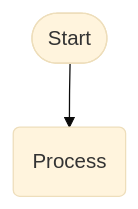
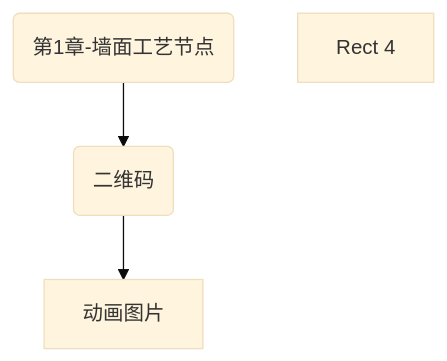
Before and after one commit to fireflysss/mermaid-notes: the diagram in notes/未命名_26e86789-b5ae-49c7-b436-d7c75191fbae.md, drawn with Mermaid (base theme). The commit also changed 3 other files, not shown here.

Commit message:
Sync Mermaid Studio data (15 diagrams)

````diff
--- a/notes/未命名_26e86789-b5ae-49c7-b436-d7c75191fbae.md
+++ b/notes/未命名_26e86789-b5ae-49c7-b436-d7c75191fbae.md
@@ -3,7 +3,10 @@
 ```mermaid
 flowchart TD
-  n_0(["Start"])
-  n_1("Process")
+  n_0("第1章-墙面工艺节点")
+  n_1("二维码")
+  n_2["Rect 4"]
+  n_3["动画图片"]
   n_0 --> n_1
+  n_1 --> n_3
 
 ```
````
